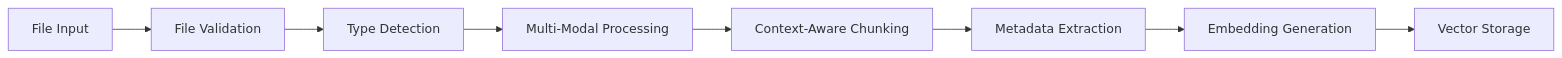
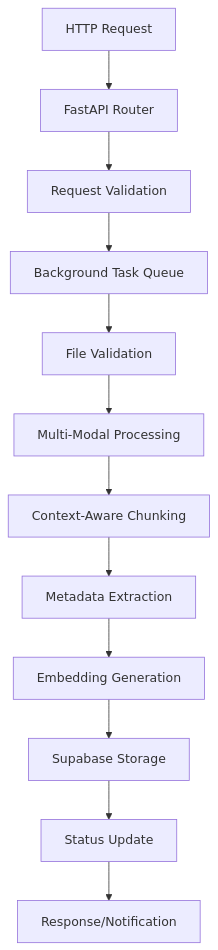
Before and after one commit to eloyf26/advanced_rag: the diagram in ingestion_service/README.MD, drawn with Mermaid. The commit also changed other lines of this file and 7 other files, not shown here.

````diff
--- a/ingestion_service/README.MD
+++ b/ingestion_service/README.MD
@@ -39,10 +37,14 @@
 ```mermaid
-graph LR
-    A[File Input] --> B[File Validation]
-    B --> C[Type Detection]
-    C --> D[Multi-Modal Processing]
-    D --> E[Context-Aware Chunking]
-    E --> F[Metadata Extraction]
-    F --> G[Embedding Generation]
-    G --> H[Vector Storage]
+graph TB
+    A[HTTP Request] --> B[FastAPI Router]
+    B --> C[Request Validation]
+    C --> D[Background Task Queue]
+    D --> E[File Validation]
+    E --> F[Multi-Modal Processing]
+    F --> G[Context-Aware Chunking]
+    G --> H[Metadata Extraction]
+    H --> I[Embedding Generation]
+    I --> J[Supabase Storage]
+    J --> K[Status Update]
+    K --> L[Response/Notification]
 ```
````
